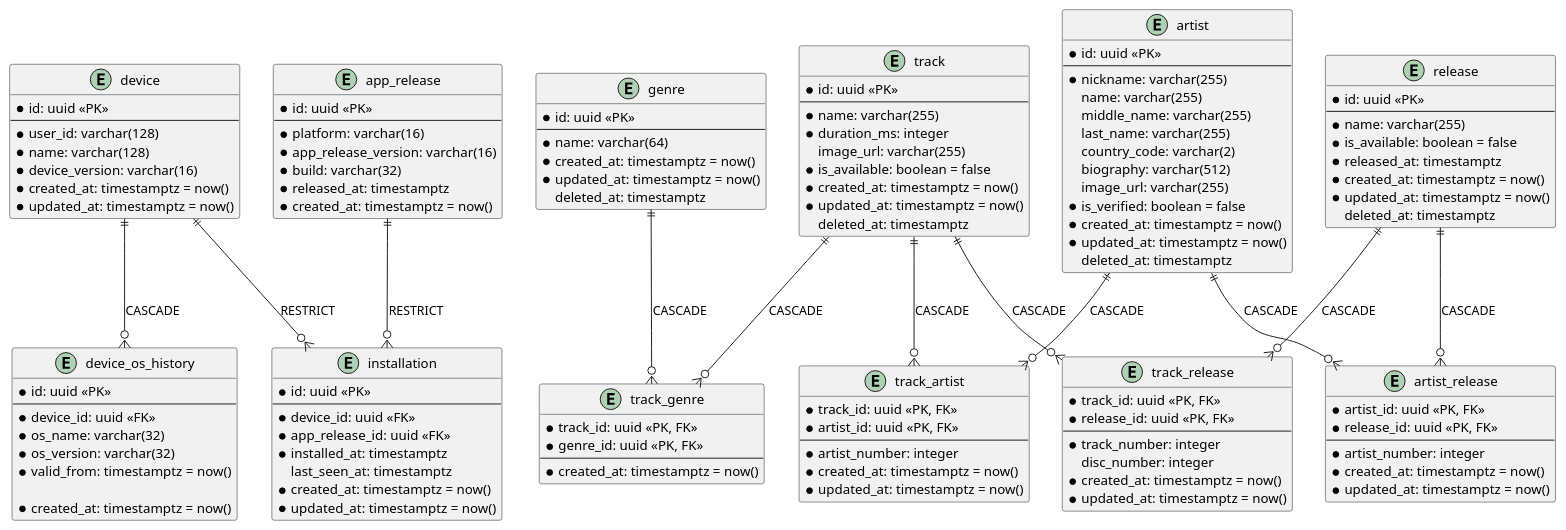
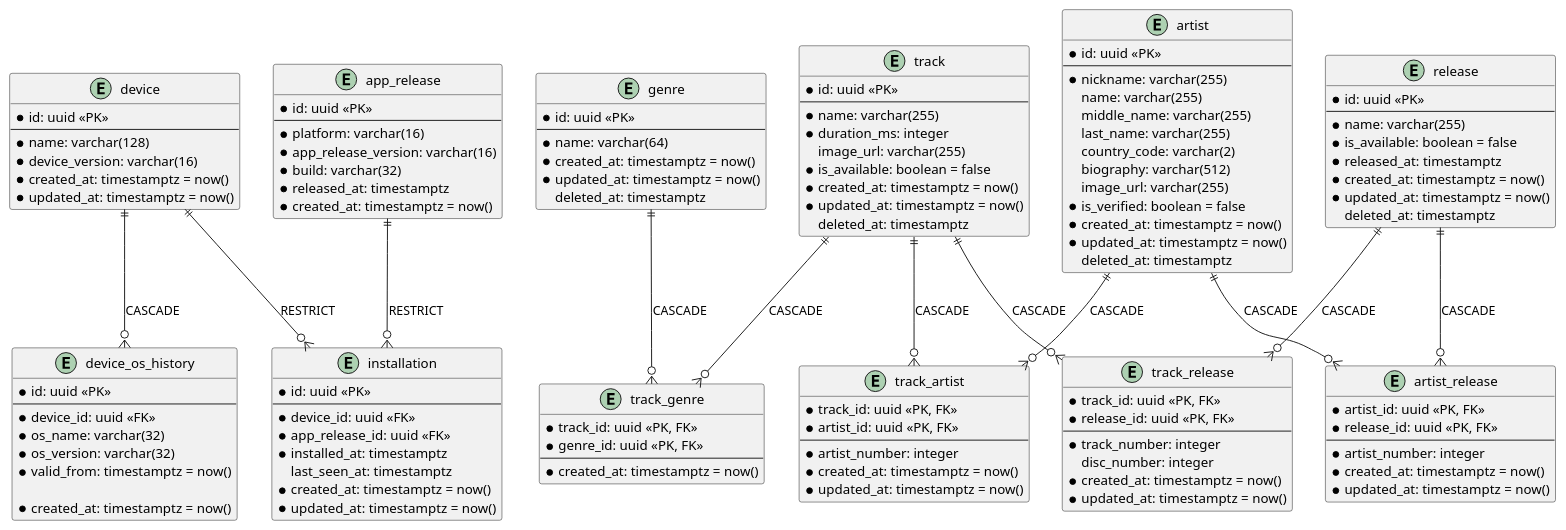
The diagram in sql/music_oltp/docs/ddl.puml (SINdeletE/music-stream-flow), drawn with PlantUML before and after one commit. The commit also changed 57 other files, not shown here.

```diff
--- a/sql/music_oltp/docs/ddl.puml
+++ b/sql/music_oltp/docs/ddl.puml
@@ -1,144 +1,143 @@
 @startuml
 
 entity device {
     * id: uuid <<PK>>
     --
-    * user_id: varchar(128)
     * name: varchar(128)
     * device_version: varchar(16)
     * created_at: timestamptz = now()
     * updated_at: timestamptz = now()
 }
 
 entity device_os_history {
     * id: uuid <<PK>>
     --
     * device_id: uuid <<FK>>
     * os_name: varchar(32)
     * os_version: varchar(32)
     * valid_from: timestamptz = now()
 
     * created_at: timestamptz = now()
 }
 
 entity app_release {
     * id: uuid <<PK>>
     --
     * platform: varchar(16)
     * app_release_version: varchar(16)
     * build: varchar(32)
     * released_at: timestamptz
     * created_at: timestamptz = now()
 }
 
 entity installation {
     * id: uuid <<PK>>
     --
     * device_id: uuid <<FK>>
     * app_release_id: uuid <<FK>>
     * installed_at: timestamptz
     last_seen_at: timestamptz
     * created_at: timestamptz = now()
     * updated_at: timestamptz = now()
 }
 
 entity track {
     * id: uuid <<PK>>
     --
     * name: varchar(255)
     * duration_ms: integer
     image_url: varchar(255)
     * is_available: boolean = false
     * created_at: timestamptz = now()
     * updated_at: timestamptz = now()
     deleted_at: timestamptz
 }
 
 entity genre {
     * id: uuid <<PK>>
     --
     * name: varchar(64)
     * created_at: timestamptz = now()
     * updated_at: timestamptz = now()
     deleted_at: timestamptz
 }
 
 entity artist {
     * id: uuid <<PK>>
     --
     * nickname: varchar(255)
     name: varchar(255)
     middle_name: varchar(255)
     last_name: varchar(255)
     country_code: varchar(2)
     biography: varchar(512)
     image_url: varchar(255)
     * is_verified: boolean = false
     * created_at: timestamptz = now()
     * updated_at: timestamptz = now()
     deleted_at: timestamptz
 }
 
 entity release {
     * id: uuid <<PK>>
     --
     * name: varchar(255)
     * is_available: boolean = false
     * released_at: timestamptz
     * created_at: timestamptz = now()
     * updated_at: timestamptz = now()
     deleted_at: timestamptz
 }
 
 entity track_genre {
     * track_id: uuid <<PK, FK>>
     * genre_id: uuid <<PK, FK>>
     --
     * created_at: timestamptz = now()
 }
 
 entity track_artist {
     * track_id: uuid <<PK, FK>>
     * artist_id: uuid <<PK, FK>>
     --
     * artist_number: integer
     * created_at: timestamptz = now()
     * updated_at: timestamptz = now()
 }
 
 entity track_release {
     * track_id: uuid <<PK, FK>>
     * release_id: uuid <<PK, FK>>
     --
     * track_number: integer
     disc_number: integer
     * created_at: timestamptz = now()
     * updated_at: timestamptz = now()
 }
 
 entity artist_release {
     * artist_id: uuid <<PK, FK>>
     * release_id: uuid <<PK, FK>>
     --
     * artist_number: integer
     * created_at: timestamptz = now()
     * updated_at: timestamptz = now()
 }
 
 device ||--o{ device_os_history : CASCADE
 device ||--o{ installation : RESTRICT
 app_release ||--o{ installation : RESTRICT
 
 track ||--o{ track_genre : CASCADE
 genre ||--o{ track_genre : CASCADE
 
 track ||--o{ track_artist : CASCADE
 artist ||--o{ track_artist : CASCADE
 
 track ||--o{ track_release : CASCADE
 release ||--o{ track_release : CASCADE
 
 artist ||--o{ artist_release : CASCADE
 release ||--o{ artist_release : CASCADE
 
 @enduml
```
